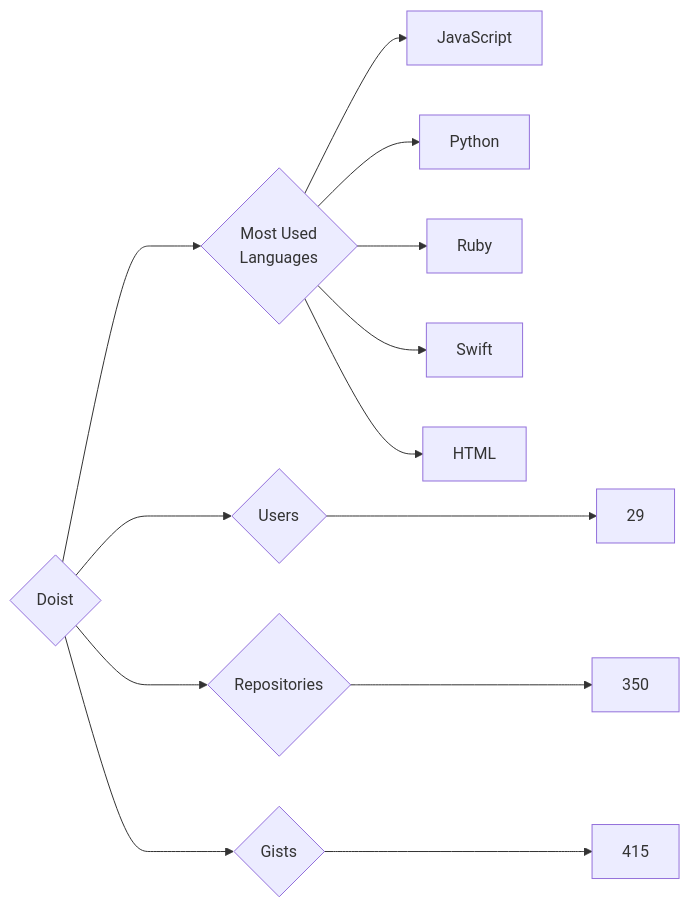
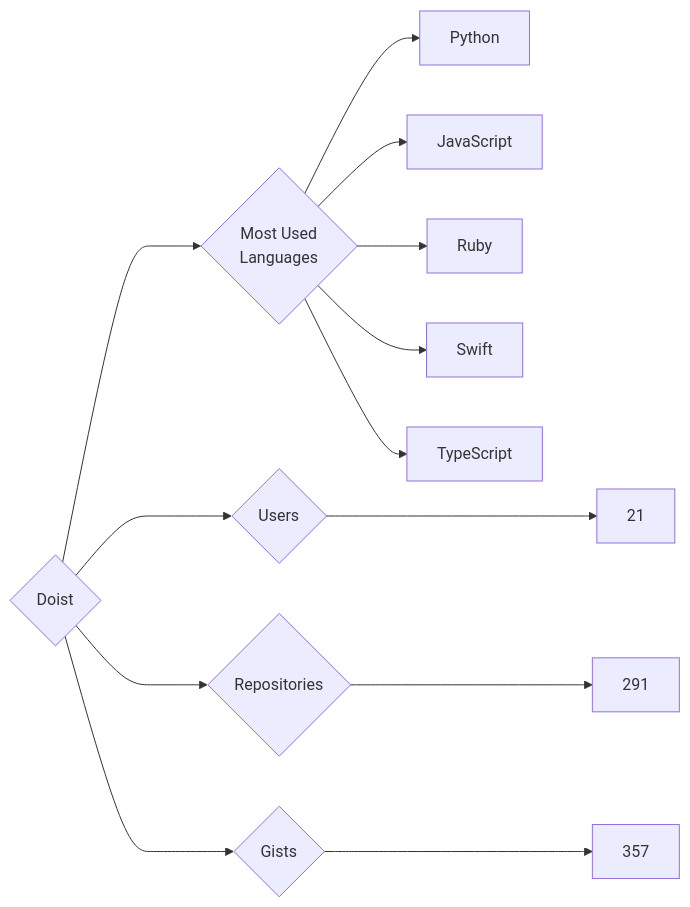
One commit to trickest/insiders changed the diagram in targets/Doist/README.md. Above: the diagram before and after it, drawn with Mermaid. The commit also changed 951 other files, not shown here.

````diff
--- a/targets/Doist/README.md
+++ b/targets/Doist/README.md
@@ -3,13 +3,13 @@
 ```mermaid
 graph LR
 COMPANY_NAME{Doist}
-COMPANY_NAME ---> U{Users} ---> UN[29]
-COMPANY_NAME ---> R{Repositories} ---> RN[350]
-COMPANY_NAME ---> G{Gists} ---> GN[415]
+COMPANY_NAME ---> U{Users} ---> UN[21]
+COMPANY_NAME ---> R{Repositories} ---> RN[291]
+COMPANY_NAME ---> G{Gists} ---> GN[357]
 COMPANY_NAME ---> ML{Most Used<br>Languages}
-ML --> JavaScript
-ML --> Python
-ML --> Ruby
-ML --> Swift
-ML --> HTML
+ML --> Python[Python]
+ML --> JavaScript[JavaScript]
+ML --> Ruby[Ruby]
+ML --> Swift[Swift]
+ML --> TypeScript[TypeScript]
 ```
````
